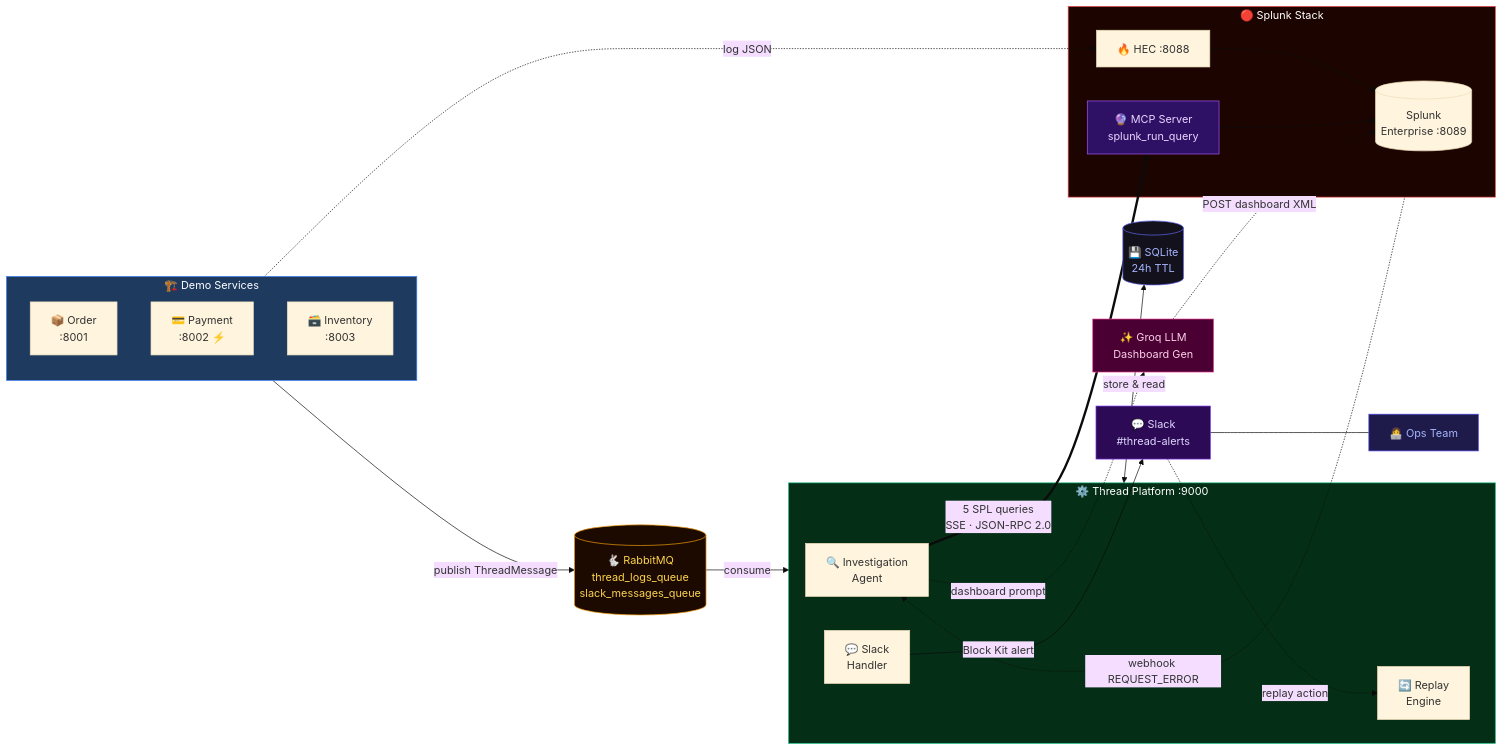
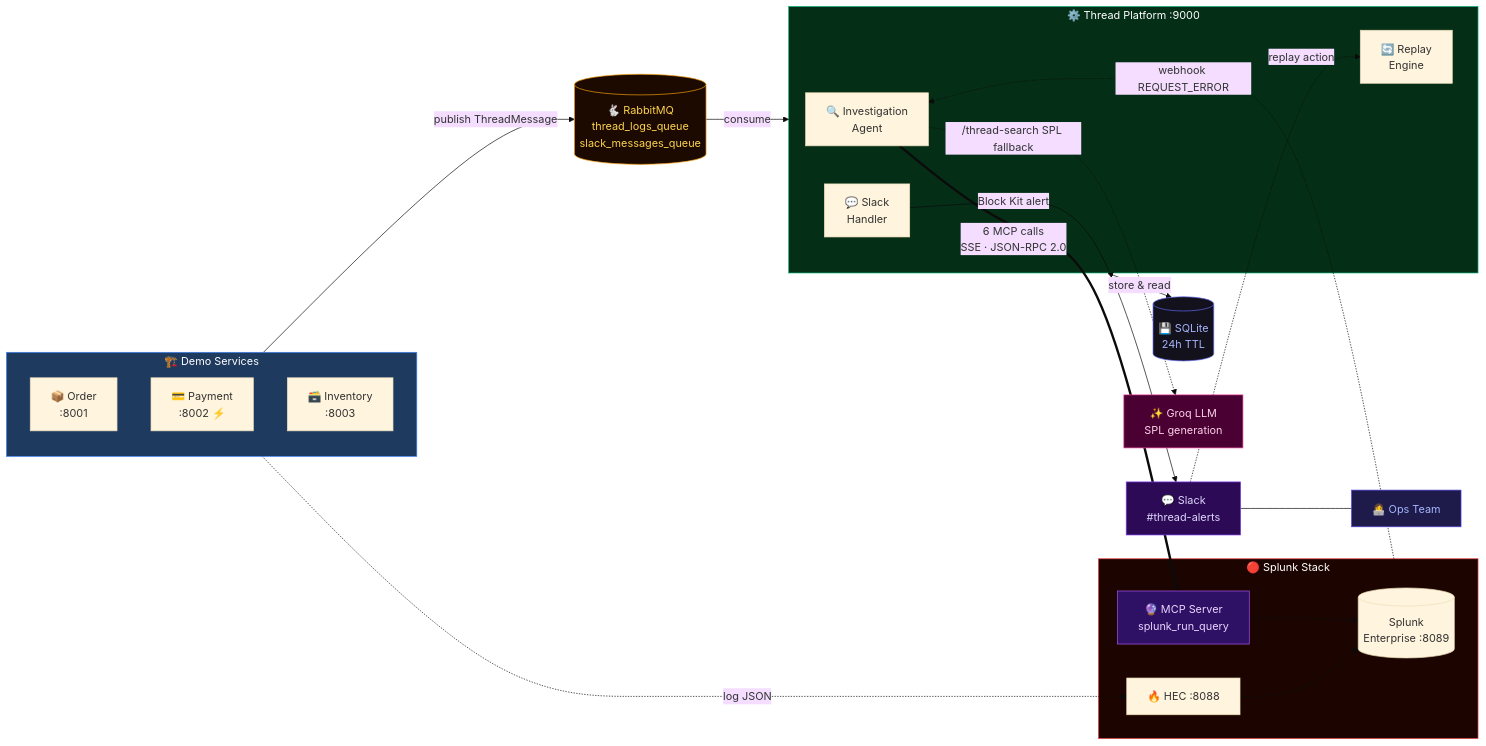
Before and after one commit to bhavanichandra/thread: the first of 2 diagrams in README.md, drawn with Mermaid (base theme). The commit also changed other lines of this file and 3 other files, not shown here.

First line of the commit message:
feat: Cisco DTMS anomaly detection, /thread-search fix, Slack UX cleanup

````diff
--- a/README.md
+++ b/README.md
@@ -11,51 +11,50 @@
 ```mermaid
 graph LR
     subgraph SVC["🏗️ Demo Services"]
         OS["📦 Order\n:8001"]
         PS["💳 Payment\n:8002 ⚡"]
         IS["🗃️ Inventory\n:8003"]
     end
 
     subgraph TP["⚙️ Thread Platform :9000"]
         IA["🔍 Investigation\nAgent"]
         RE["🔄 Replay\nEngine"]
         SH["💬 Slack\nHandler"]
     end
 
     RMQ[("🐇 RabbitMQ\nthread_logs_queue\nslack_messages_queue")]
     DB[("💾 SQLite\n24h TTL")]
 
     subgraph SPL["🔴 Splunk Stack"]
         HEC["🔥 HEC :8088"]
         SE[("Splunk\nEnterprise :8089")]
         MCP["🔮 MCP Server\nsplunk_run_query"]
     end
 
-    GROQ["✨ Groq LLM\nDashboard Gen"]
+    GROQ["✨ Groq LLM\nSPL generation"]
     SLK["💬 Slack\n#thread-alerts"]
     OPS["👩‍💻 Ops Team"]
 
     SVC -->|"publish ThreadMessage"| RMQ
     SVC -.->|"log JSON"| HEC
     RMQ -->|"consume"| TP
     HEC --> SE
     SE -.->|"webhook REQUEST_ERROR"| IA
-    IA ==>|"5 SPL queries\nSSE · JSON-RPC 2.0"| MCP
+    IA ==>|"6 MCP calls\nSSE · JSON-RPC 2.0"| MCP
     MCP --> SE
-    IA -.->|"dashboard prompt"| GROQ
-    GROQ -.->|"POST dashboard XML"| SE
+    IA -.->|"/thread-search SPL fallback"| GROQ
     TP <-->|"store & read"| DB
     SH -->|"Block Kit alert"| SLK
     SLK -.->|"replay action"| RE
     SLK --- OPS
 
     style SVC fill:#1e3a5f,stroke:#3b82f6,color:#fff
     style TP fill:#052e16,stroke:#10b981,color:#fff
     style SPL fill:#1c0500,stroke:#ef4444,color:#fff
     style RMQ fill:#1c0a00,stroke:#f59e0b,color:#fcd34d
     style DB fill:#13111c,stroke:#6366f1,color:#a5b4fc
     style MCP fill:#2e1065,stroke:#a855f7,color:#e9d5ff
     style GROQ fill:#4a0033,stroke:#ec4899,color:#fbcfe8
     style SLK fill:#2d0a55,stroke:#7c3aed,color:#ddd6fe
     style OPS fill:#1e1b4b,stroke:#4f46e5,color:#a5b4fc
 ```
````
